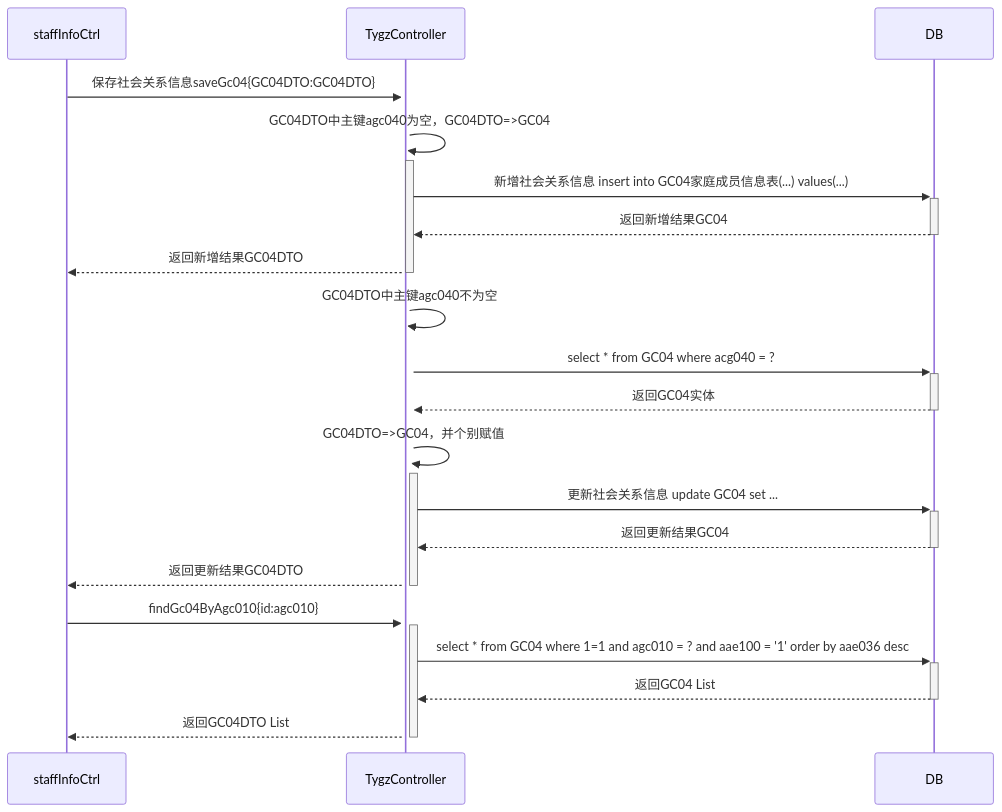
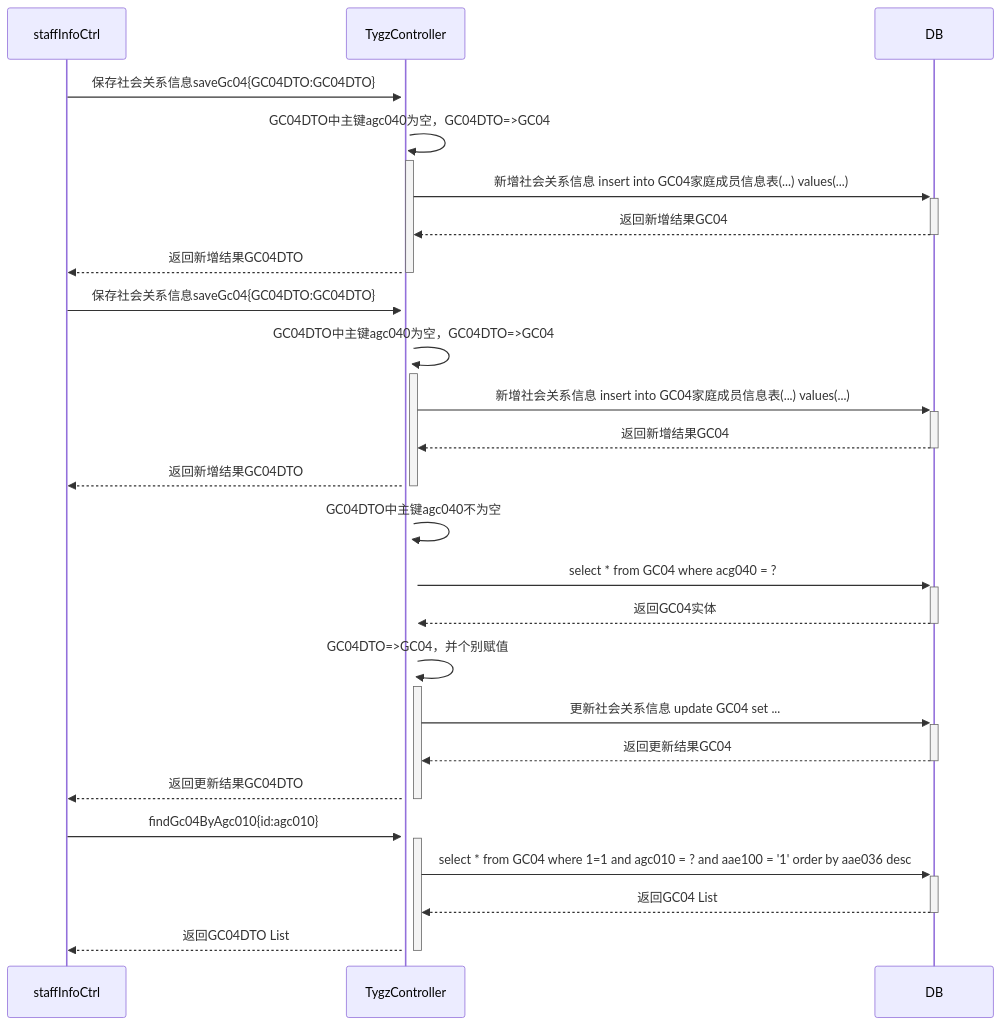
The diagram in all/未命名.md (ZhangJianBeiJing/iodraw-files), drawn with Mermaid before and after one commit.

Commit message:
2025-03-25 17:38:51 update

````diff
--- a/all/未命名.md
+++ b/all/未命名.md
@@ -1,22 +1,26 @@
 ```mermaid
 sequenceDiagram
-
+    staffInfoCtrl->>+TygzController:保存社会关系信息saveGc04{GC04DTO:GC04DTO}
+    TygzController->>+TygzController:GC04DTO中主键agc040为空，GC04DTO=>GC04
+    TygzController->>+DB:新增社会关系信息 insert into GC04家庭成员信息表(...) values(...)
+    DB-->>-TygzController:返回新增结果GC04
+    TygzController-->>-staffInfoCtrl:返回新增结果GC04DTO
     
     staffInfoCtrl->>+TygzController:保存社会关系信息saveGc04{GC04DTO:GC04DTO}
     TygzController->>+TygzController:GC04DTO中主键agc040为空，GC04DTO=>GC04
     TygzController->>+DB:新增社会关系信息 insert into GC04家庭成员信息表(...) values(...)
     DB-->>-TygzController:返回新增结果GC04
     TygzController-->>-staffInfoCtrl:返回新增结果GC04DTO
     TygzController->>+TygzController:GC04DTO中主键agc040不为空
     TygzController->>+DB:select * from GC04 where acg040 = ?
     DB-->>-TygzController:返回GC04实体
     TygzController->>+TygzController:GC04DTO=>GC04，并个别赋值
     TygzController->>+DB:更新社会关系信息 update GC04 set ...
     DB-->>-TygzController:返回更新结果GC04
     TygzController-->>-staffInfoCtrl:返回更新结果GC04DTO
 
     staffInfoCtrl->>+TygzController:findGc04ByAgc010{id:agc010}
     TygzController->>+DB:select * from GC04 where 1=1 and agc010 = ? and aae100 = '1' order by aae036 desc
     DB-->>-TygzController:返回GC04 List
     TygzController-->>-staffInfoCtrl:返回GC04DTO List
 ```
````
